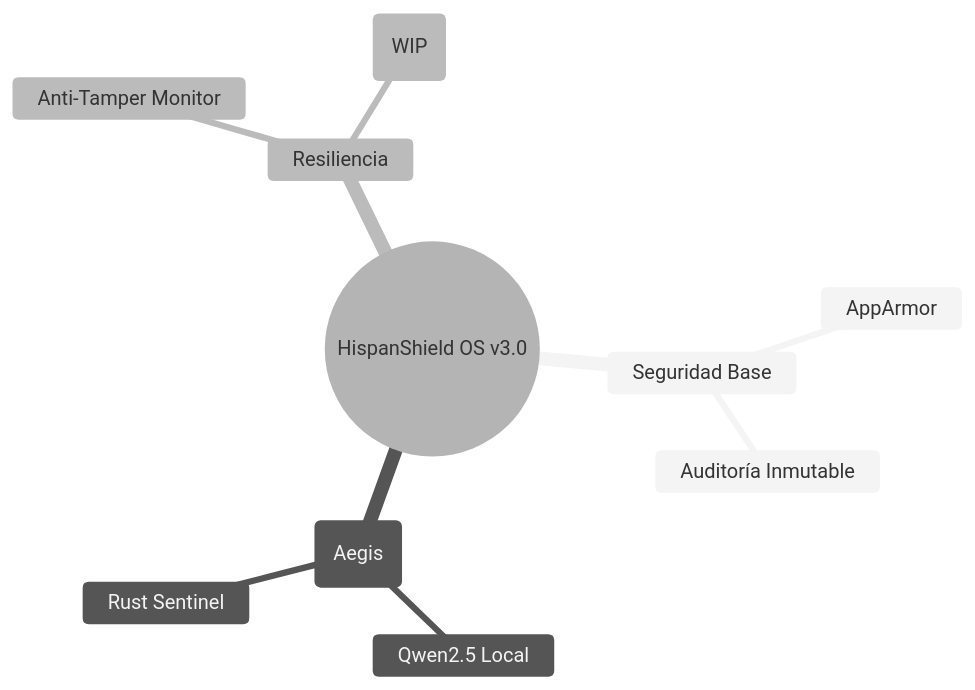
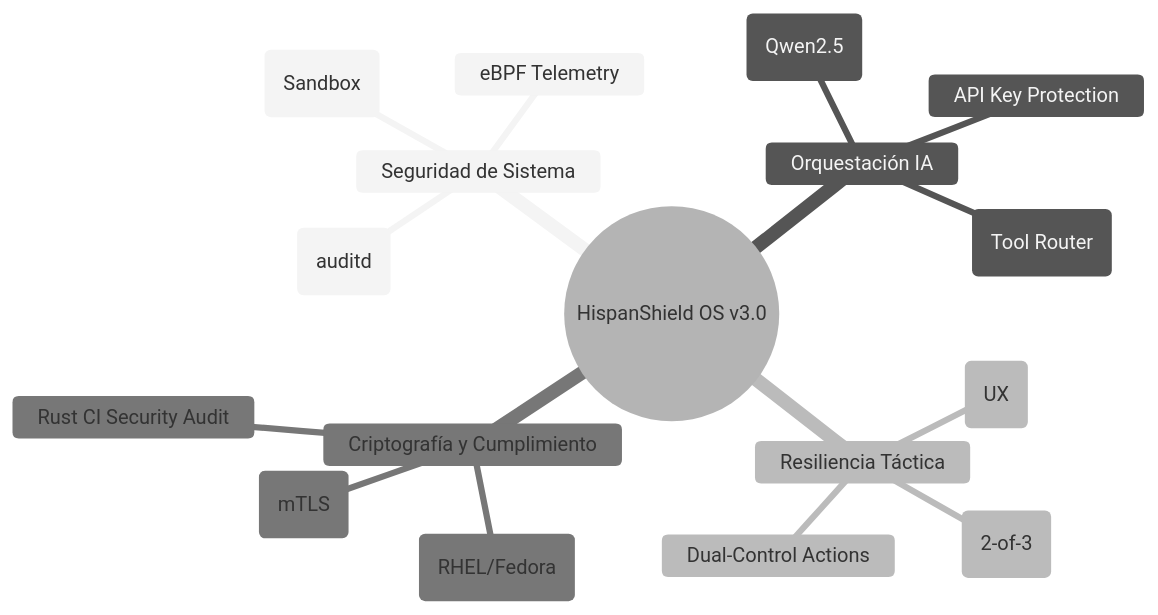
Before and after one commit to murdok1982/HispanShieldOsLLmSecurity: the diagram in README.md, drawn with Mermaid (neutral theme). The commit also changed other lines of this file and 3 other files, not shown here.

Commit message:
update README with tactical design, diagrams and images

````diff
--- a/README.md
+++ b/README.md
@@ -37,13 +45,20 @@
 ```mermaid
 mindmap
   root((HispanShield OS v3.0))
-    Seguridad Base
-      AppArmor
-      Auditoría Inmutable
-    Orquestación (Aegis)
-      Qwen2.5 Local
-      Rust Sentinel
-    Resiliencia
-      Anti-Tamper Monitor
-      Secure Boot (WIP)
+    Seguridad de Sistema
+      AppArmor (Sandbox)
+      eBPF Telemetry
+      Immutable Audit (auditd)
+    Orquestación IA
+      Local LLM (Qwen2.5)
+      Sanitización (Tool Router)
+      API Key Protection
+    Resiliencia Táctica
+      Anti-Tamper (2-of-3)
+      Alert Triage (UX)
+      Dual-Control Actions
+    Criptografía y Cumplimiento
+      step-ca (mTLS)
+      SELinux MLS (RHEL/Fedora)
+      Rust CI Security Audit
 ```
````
